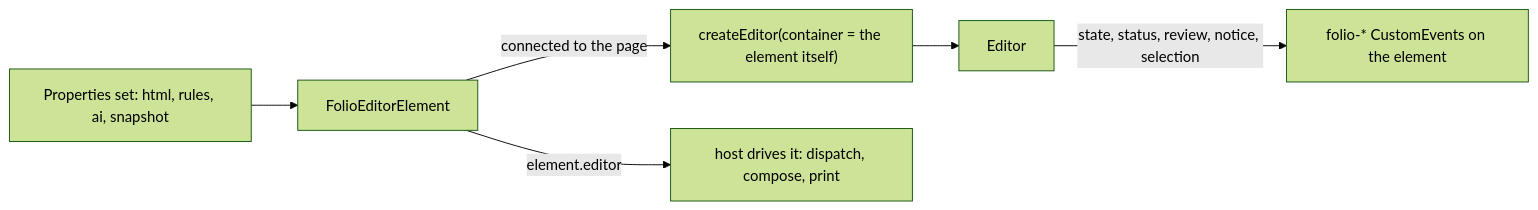
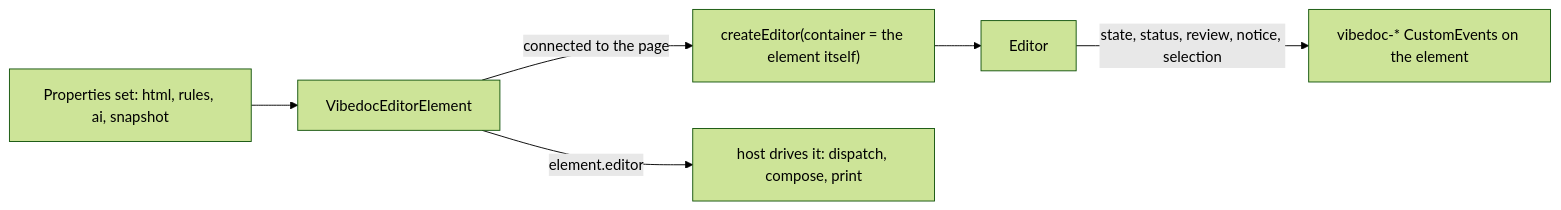
One commit to EmilKronholm/vibedocwithsoap changed diagram 47 of 47 in docs/onboarding.md. Above: the diagram before and after it, drawn with Mermaid (forest theme). The commit also changed other lines of this file and 65 other files, not shown here.

````diff
--- a/docs/onboarding.md
+++ b/docs/onboarding.md
@@ -1859,8 +1859,8 @@
 ```mermaid
 flowchart LR
-  attr["Properties set: html, rules, ai, snapshot"] --> el["FolioEditorElement"]
+  attr["Properties set: html, rules, ai, snapshot"] --> el["VibedocEditorElement"]
   el -- "connected to the page" --> create["createEditor(container = the element itself)"]
   create --> editor["Editor"]
-  editor -- "state, status, review, notice, selection" --> events["folio-* CustomEvents on the element"]
+  editor -- "state, status, review, notice, selection" --> events["vibedoc-* CustomEvents on the element"]
   el -- "element.editor" --> host["host drives it: dispatch, compose, print"]
 ```
````
